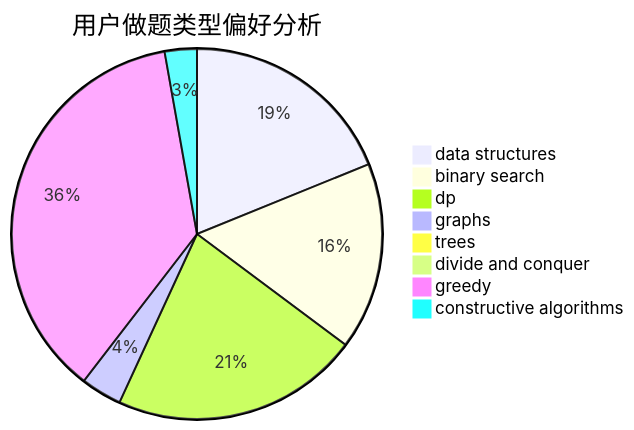
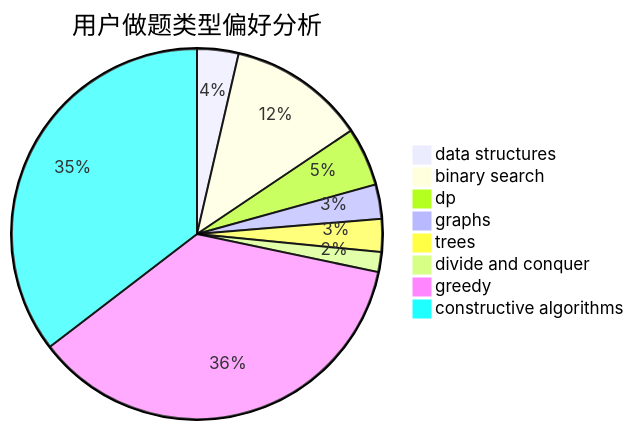
One commit to sherpahu/cfrs.github.io changed the second of 3 diagrams in docs/user/u2353.md. Above: the diagram before and after it, drawn with Mermaid. The commit also changed other lines of this file and 2770 other files, not shown here.

````diff
--- a/docs/user/u2353.md
+++ b/docs/user/u2353.md
@@ -23,11 +23,11 @@
 ```mermaid
 pie title 用户做题类型偏好分析
-    "data structures" :  195
-    "binary search" :  169
-    "dp" :  224
-    "graphs" :  37
-    "trees" :  9
-    "divide and conquer" :  5
-    "greedy" :  380
-    "constructive algorithms" :  29
+    "data structures" :  29
+    "binary search" :  96
+    "dp" :  41
+    "graphs" :  24
+    "trees" :  23
+    "divide and conquer" :  14
+    "greedy" :  291
+    "constructive algorithms" :  284
 ```
````
